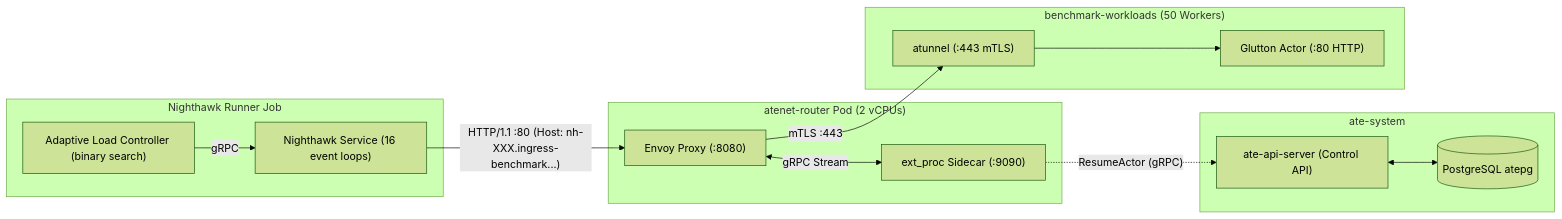
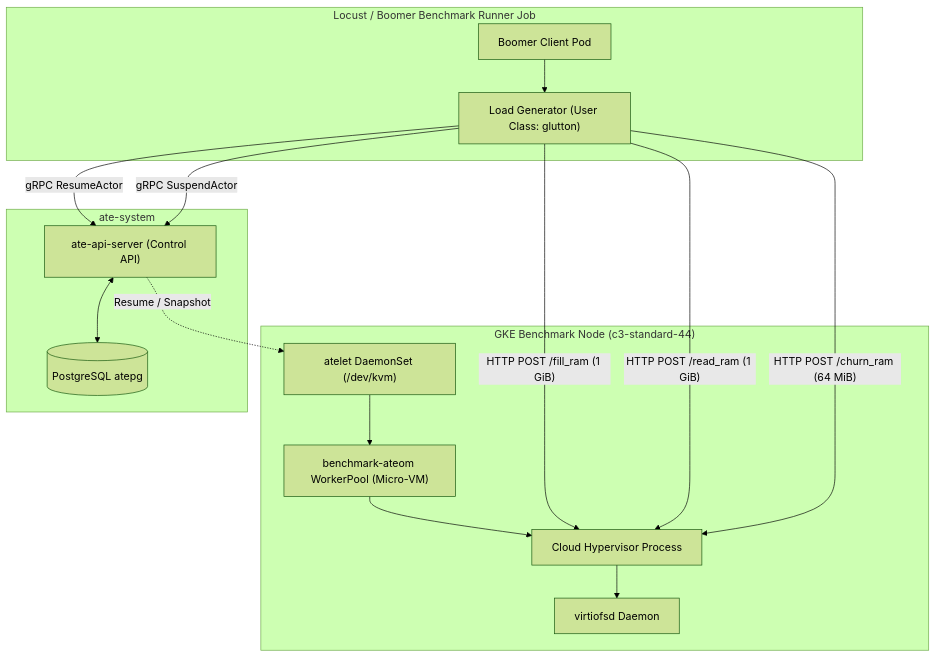
One commit to mauriciopoppe/substrate changed the diagram in BASELINE.md. Above: the diagram before and after it, drawn with Mermaid (forest theme). The commit also changed other lines of this file and 63 other files, not shown here.

````diff
--- a/BASELINE.md
+++ b/BASELINE.md
@@ -9,30 +9,31 @@
 ```mermaid
-flowchart LR
-    subgraph Client["Nighthawk Runner Job"]
-        ALC["Adaptive Load Controller (binary search)"]
-        SVC["Nighthawk Service (16 event loops)"]
-        ALC -->|gRPC| SVC
-    end
-
-    subgraph DataPlane["atenet-router Pod (2 vCPUs)"]
-        Envoy["Envoy Proxy (:8080)"]
-        ExtProc["ext_proc Sidecar (:9090)"]
-        Envoy <-->|gRPC Stream| ExtProc
+flowchart TD
+    subgraph Client["Locust / Boomer Benchmark Runner Job"]
+        BR["Boomer Client Pod"]
+        LG["Load Generator (User Class: glutton)"]
+        BR --> LG
     end
 
     subgraph ControlPlane["ate-system"]
         API["ate-api-server (Control API)"]
         PG[(PostgreSQL atepg)]
         API <--> PG
     end
 
-    subgraph WorkerFleet["benchmark-workloads (50 Workers)"]
-        Tunnel["atunnel (:443 mTLS)"]
-        Glutton["Glutton Actor (:80 HTTP)"]
-        Tunnel --> Glutton
+    subgraph NodeWorker["GKE Benchmark Node (c3-standard-44)"]
+        Atelet["atelet DaemonSet (/dev/kvm)"]
+        AteomPool["benchmark-ateom WorkerPool (Micro-VM)"]
+        CH["Cloud Hypervisor Process"]
+        VirtioFS["virtiofsd Daemon"]
+        Atelet --> AteomPool
+        AteomPool --> CH
+        CH --> VirtioFS
     end
 
-    SVC -->|"HTTP/1.1 :80 (Host: nh-XXX.ingress-benchmark...)"| Envoy
-    ExtProc -.->|"ResumeActor (gRPC)"| API
-    Envoy -->|"mTLS :443"| Tunnel
+    LG -->|"gRPC ResumeActor"| API
+    LG -->|"gRPC SuspendActor"| API
+    LG -->|"HTTP POST /fill_ram (1 GiB)"| CH
+    LG -->|"HTTP POST /read_ram (1 GiB)"| CH
+    LG -->|"HTTP POST /churn_ram (64 MiB)"| CH
+    API -.->|"Resume / Snapshot"| Atelet
 ```
````
